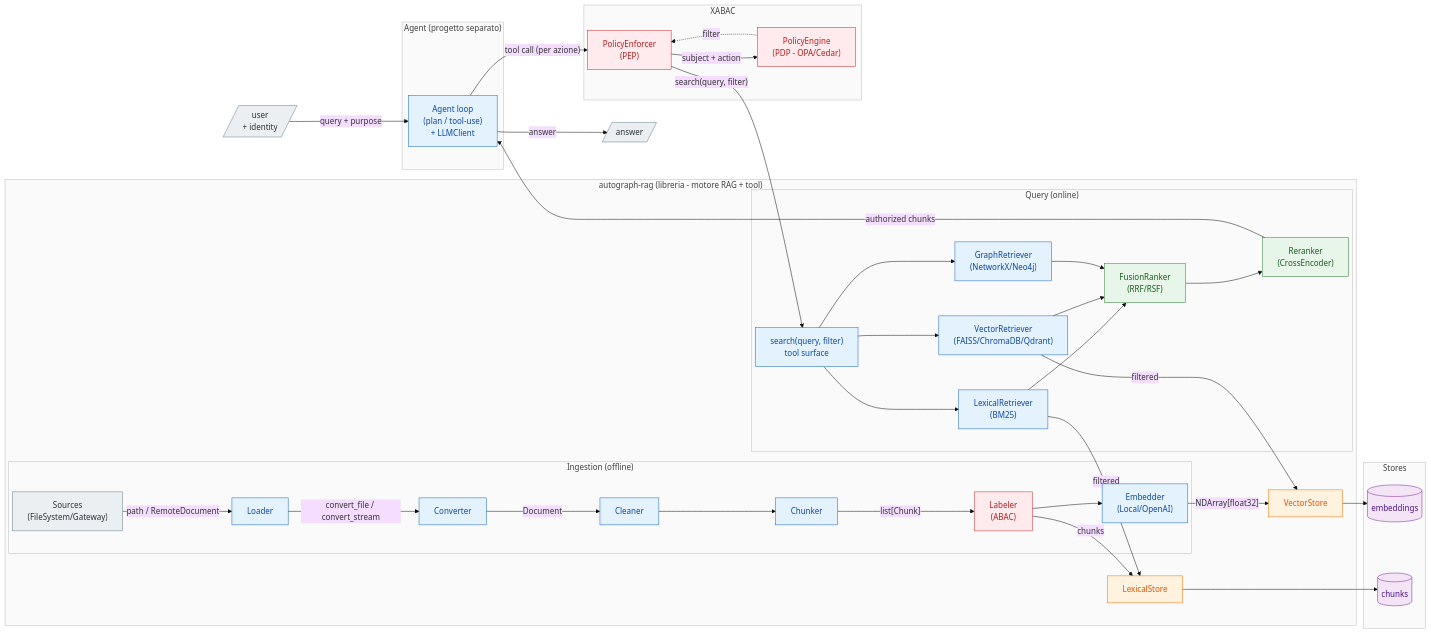
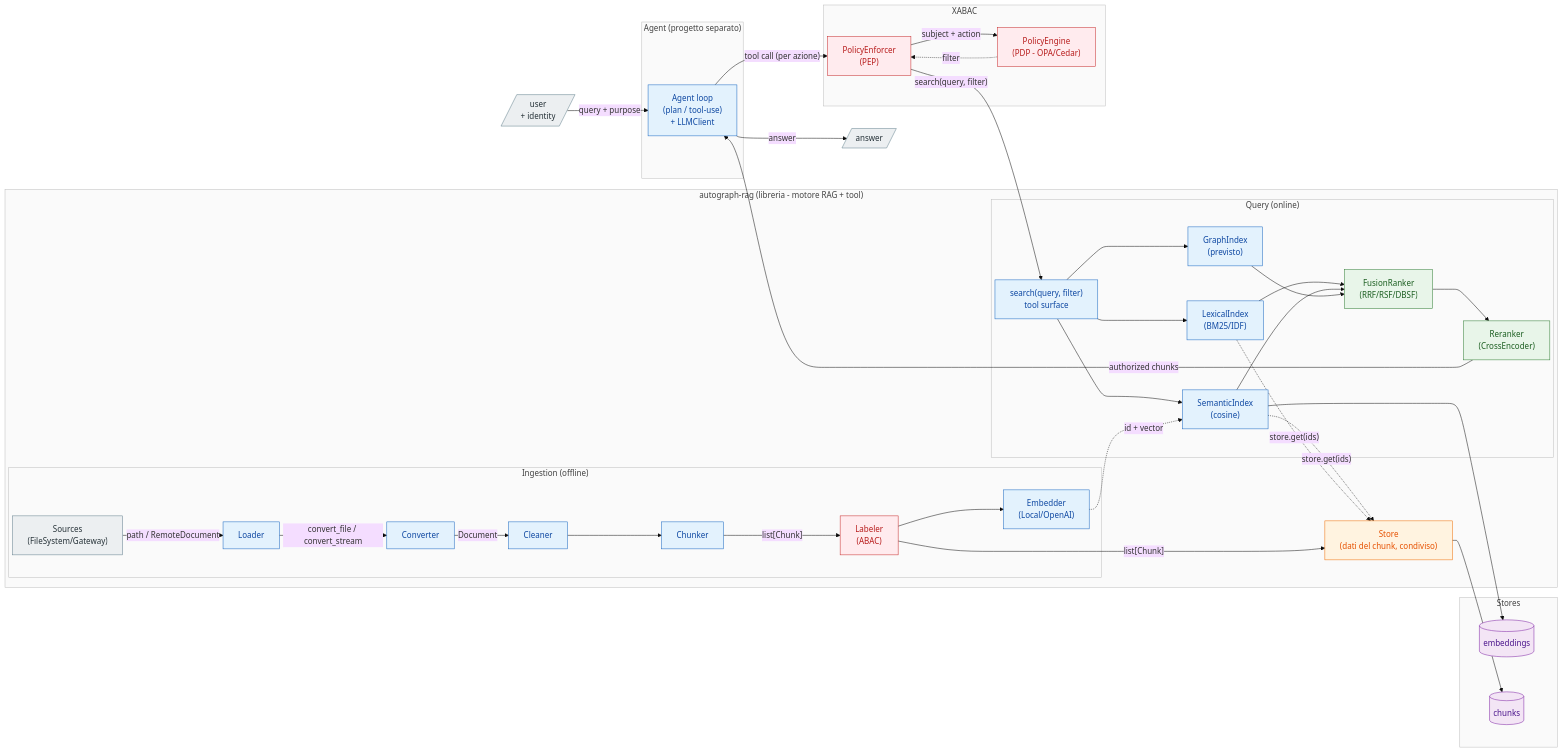
Before and after one commit to DavideFricano/autograph-rag: the first of 2 diagrams in docs/roadmap-sources-abac.md, drawn with Mermaid (base theme). The commit also changed other lines of this file, not shown here.

First line of the commit message:
docs(roadmap): align the ABAC roadmap with what got built

```diff
--- a/docs/roadmap-sources-abac.md
+++ b/docs/roadmap-sources-abac.md
@@ -76,10 +83,10 @@
     end
     subgraph QRY["Query (online)"]
         SEARCH["search(query, filter)<br>tool surface"]:::step
-        BM["LexicalRetriever<br>(BM25)"]:::step
-        VR["VectorRetriever<br>(FAISS/ChromaDB/Qdrant)"]:::step
-        GR["GraphRetriever<br>(NetworkX/Neo4j)"]:::step
-        F["FusionRanker<br>(RRF/RSF)"]:::rank
+        BM["LexicalIndex<br>(BM25/IDF)"]:::step
+        VR["SemanticIndex<br>(cosine)"]:::step
+        GR["GraphIndex<br>(previsto)"]:::step
+        F["FusionRanker<br>(RRF/RSF/DBSF)"]:::rank
         RR["Reranker<br>(CrossEncoder)"]:::rank
         SEARCH --> BM
         SEARCH --> VR
@@ -89,8 +96,7 @@
         GR --> F
         F --> RR
     end
-    VS["VectorStore"]:::store
-    LS["LexicalStore"]:::store
+    ST["Store<br>(dati del chunk, condiviso)"]:::store
     end
 
     subgraph STORE["Stores"]
@@ -112,14 +118,14 @@
     user -->|"query + purpose"| LOOP
     LOOP -->|"tool call (per azione)"| PEP
     PEP -->|"search(query, filter)"| SEARCH
-    VR -->|"filtered"| VS
-    BM -->|"filtered"| LS
+    VR -.->|"store.get(ids)"| ST
+    BM -.->|"store.get(ids)"| ST
     RR -->|"authorized chunks"| LOOP
     LOOP -->|"answer"| answer
-    EMB -->|"NDArray[float32]"| VS
-    TAG -->|"chunks"| LS
-    VS --> VDB
-    LS --> RDB
+    TAG -->|"list[Chunk]"| ST
+    EMB -.->|"id + vector"| VR
+    ST --> RDB
+    VR --> VDB
 
     RAG:::group
     ING:::group
```
